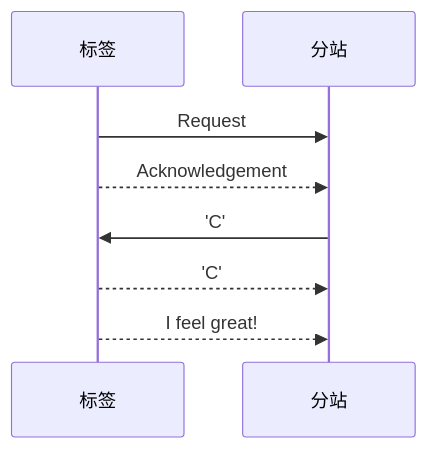
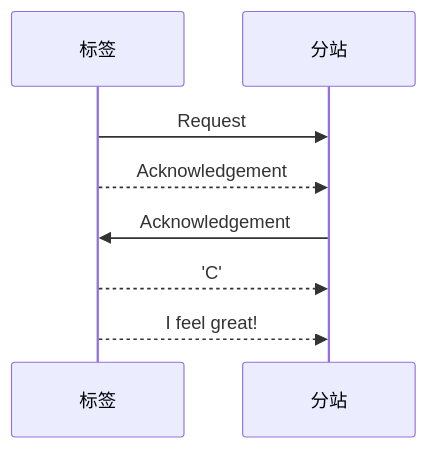
One commit to geek-zhao/iodraw-files changed the diagram in all/未命名.md. Above: the diagram before and after it, drawn with Mermaid.

Commit message:
2024-08-17 13:54:42 update

````diff
--- a/all/未命名.md
+++ b/all/未命名.md
@@ -1,9 +1,9 @@
 ```mermaid
 sequenceDiagram
     标签->>分站: Request
     标签-->>分站: Acknowledgement
-    分站->>标签: 'C'
+    分站->>标签: Acknowledgement
     标签-->>分站: 'C'
     标签-->>分站: I feel great!
             
 ```
````
